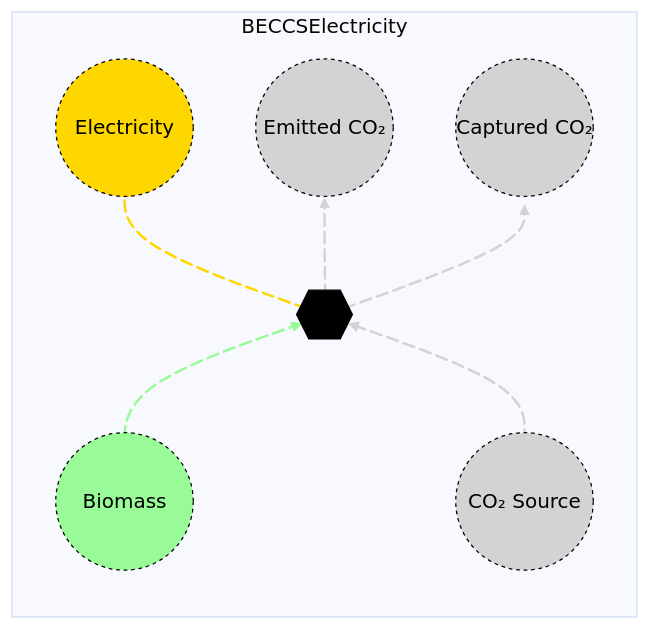
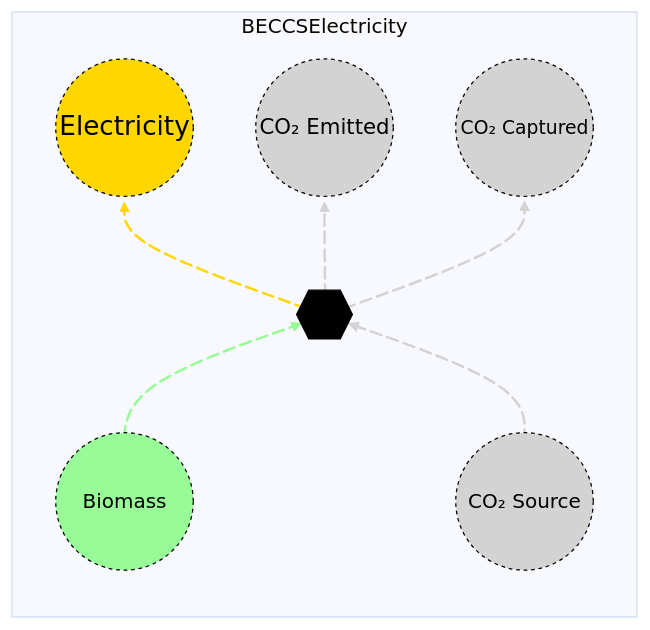
The second of 14 diagrams in docs/src/Manual/Assets.md (openmod-tracker/MacroEnergy.jl), drawn with Mermaid before and after one commit. The commit also changed other lines of this file and 12 other files, not shown here.

Commit message:
Fix Mermaid diagram rendering issues in asset library

````diff
--- a/docs/src/Manual/Assets.md
+++ b/docs/src/Manual/Assets.md
@@ -45,27 +45,27 @@
 ```mermaid
 %%{init: {'theme': 'base', 'themeVariables': { 'background': '#D1EBDE' }}}%%
 flowchart LR
   subgraph BECCSElectricity
   direction BT
     B((Biomass)) e1@--> A{{..}}
     C((CO₂ Source)) e2@--> A
     A e5@--> D((Electricity))
-    A e3@--> E((Emitted CO₂))
-    A e4@--> F((Captured CO₂))
+    A e3@--> E((CO₂ Emitted))
+    A e4@--> F((CO₂ Captured))
     e1@{ animate: true }
     e2@{ animate: true }
     e3@{ animate: true }
     e4@{ animate: true }
     e5@{ animate: true }
  end
     style A fill:black,stroke:black,color:black;
     style B r:55px,fill:palegreen,stroke:black,color:black, stroke-dasharray: 3,5;
     style C r:55px,fill:lightgray,stroke:black,color:black, stroke-dasharray: 3,5;
-    style D r:55px,fill:#FFD700,stroke:black,color:black, stroke-dasharray: 3,5;
-    style E r:55px,fill:lightgray,stroke:black,color:black, stroke-dasharray: 3,5;
-    style F r:55px,fill:lightgray,stroke:black,color:black, stroke-dasharray: 3,5;
+    style D font-size:21px,r:55px,fill:#FFD700,stroke:black,color:black, stroke-dasharray: 3,5;
+    style E font-size:17px,r:55px,fill:lightgray,stroke:black,color:black, stroke-dasharray: 3,5;
+    style F font-size:15px,r:55px,fill:lightgray,stroke:black,color:black, stroke-dasharray: 3,5;
 
     linkStyle 0 stroke:palegreen, stroke-width: 2px;
     linkStyle 1,3,4 stroke:lightgray, stroke-width: 2px;
     linkStyle 2 stroke:#FFD700, stroke-width: 2px;
 ```
````
